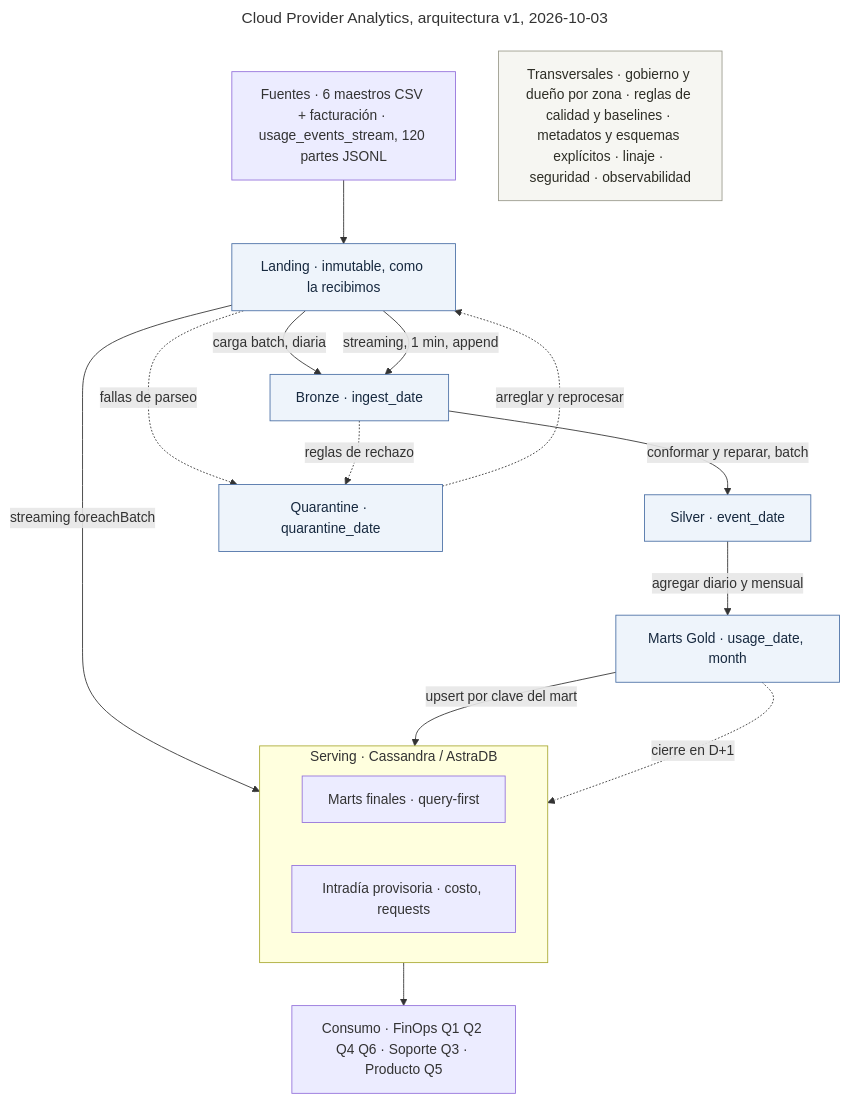
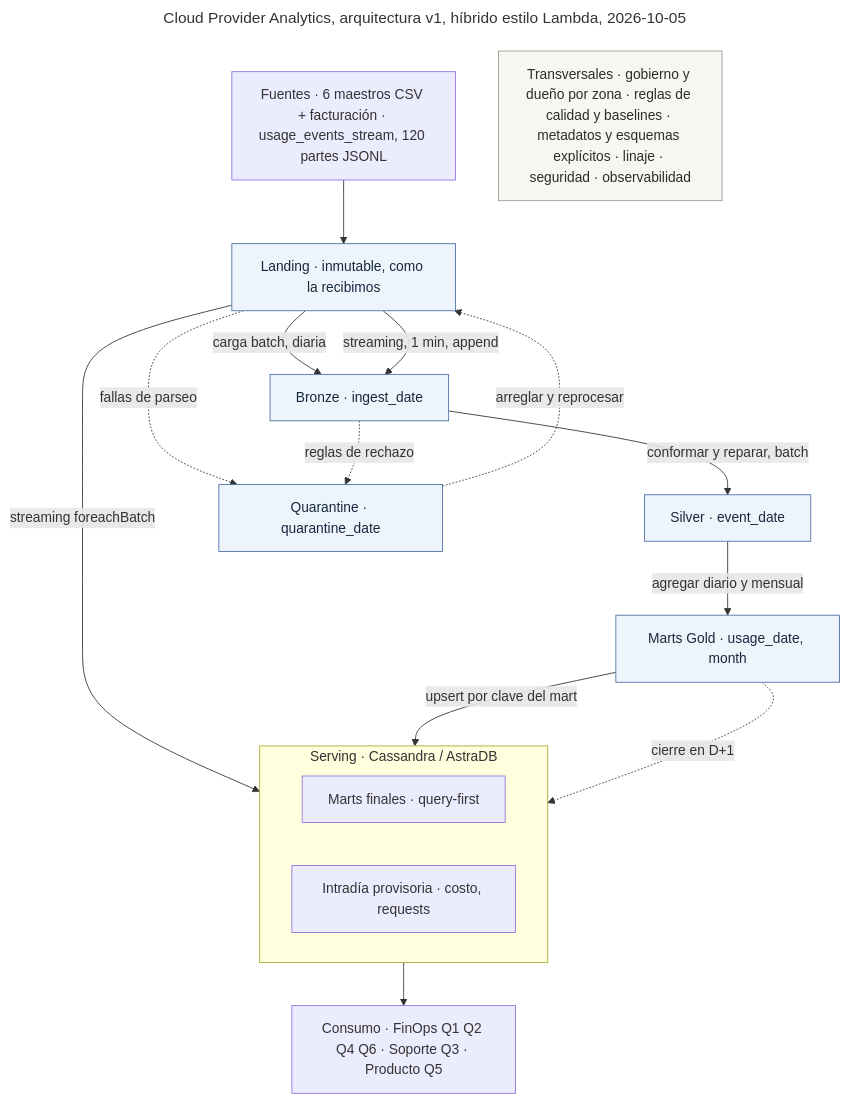
One commit to LucasCampoli/big-data-PI-20262Q-G11 changed the diagram in docs/architecture_v1.mmd. Above: the diagram before and after it, drawn with Mermaid. The commit also changed 3 other files, not shown here.

First line of the commit message:
Name the pattern in the diagram and trace objectives

```diff
--- a/docs/architecture_v1.mmd
+++ b/docs/architecture_v1.mmd
@@ -1,39 +1,39 @@
 ---
-title: "Cloud Provider Analytics, arquitectura v1, 2026-10-03"
+title: "Cloud Provider Analytics, arquitectura v1, híbrido estilo Lambda, 2026-10-05"
 ---
 flowchart TB
   classDef zone fill:#eef4fb,stroke:#4a6fa5,color:#17293f
   classDef band fill:#f6f6f2,stroke:#9a9a8c,color:#2e2e26
 
   SRC["Fuentes · 6 maestros CSV + facturación · usage_events_stream, 120 partes JSONL"]
   LND["Landing · inmutable, como la recibimos"]
   BRZ["Bronze · ingest_date"]
   SLV["Silver · event_date"]
   GLD["Marts Gold · usage_date, month"]
   QTN["Quarantine · quarantine_date"]
 
   subgraph SERV["Serving · Cassandra / AstraDB"]
     direction LR
     CAS["Marts finales · query-first"]
     PRV["Intradía provisoria · costo, requests"]
   end
 
   CONS["Consumo · FinOps Q1 Q2 Q4 Q6 · Soporte Q3 · Producto Q5"]
   XC["Transversales · gobierno y dueño por zona · reglas de calidad y baselines · metadatos y esquemas explícitos · linaje · seguridad · observabilidad"]
 
   SRC --> LND
   LND -->|"carga batch, diaria"| BRZ
   LND -->|"streaming, 1 min, append"| BRZ
   LND -->|"streaming foreachBatch"| PRV
   BRZ -->|"conformar y reparar, batch"| SLV
   SLV -->|"agregar diario y mensual"| GLD
   GLD -->|"upsert por clave del mart"| CAS
   GLD -.->|"cierre en D+1"| PRV
   SERV --> CONS
 
   LND -.->|fallas de parseo| QTN
   BRZ -.->|reglas de rechazo| QTN
   QTN -.->|"arreglar y reprocesar"| LND
 
   class LND,BRZ,SLV,GLD,QTN zone
   class XC band
```
